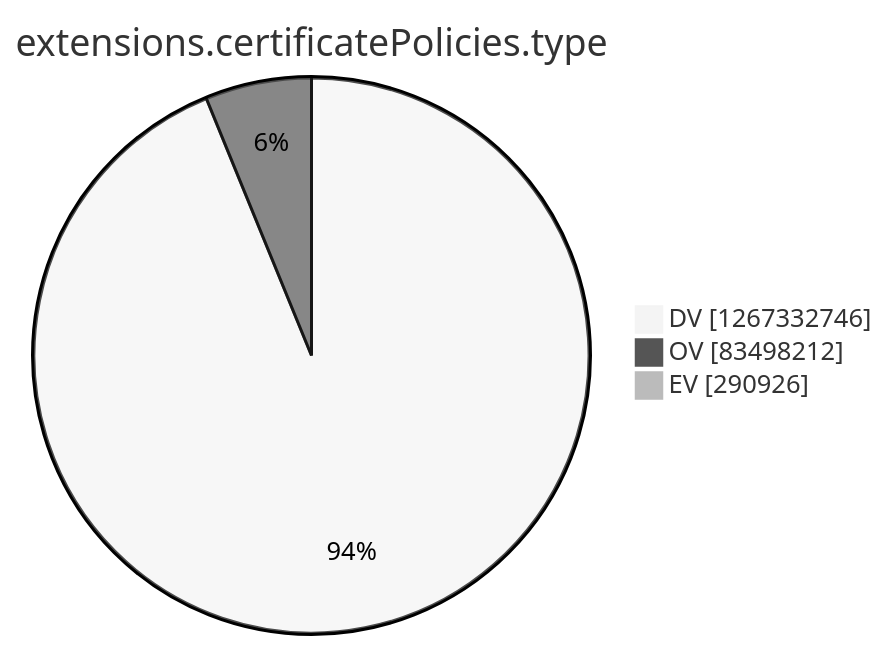
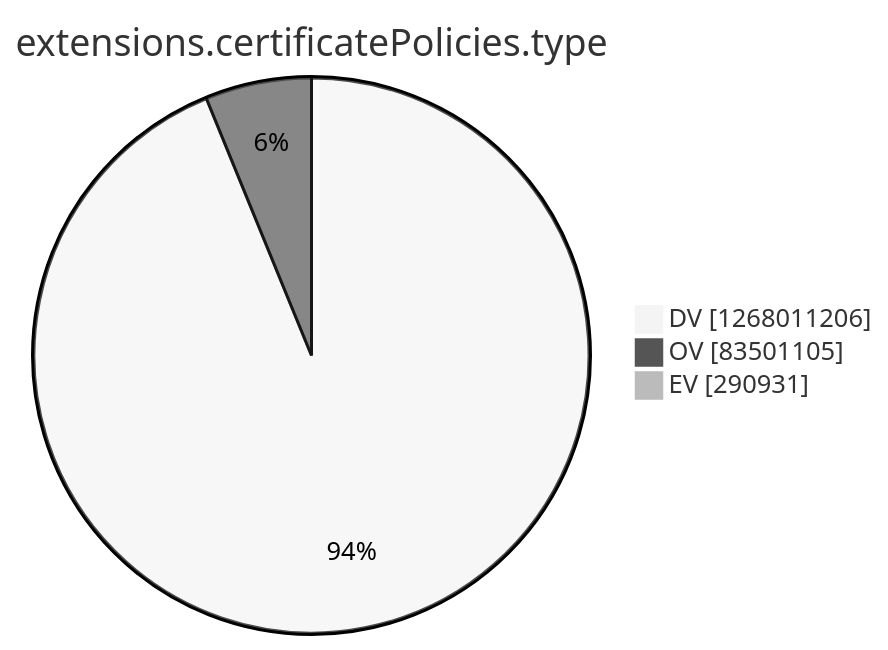
Before and after one commit to christiankrug/ctmonitor_visualization: the tenth of 15 diagrams in argon2022/README.md, drawn with Mermaid (neutral theme). The commit also changed other lines of this file, not shown here.

````diff
--- a/argon2022/README.md
+++ b/argon2022/README.md
@@ -2771,7 +2771,7 @@
 ```mermaid
 pie showData
 title extensions.certificatePolicies.type
-"DV" :1267332746
-"OV" :83498212
-"EV" :290926
+"DV" :1268011206
+"OV" :83501105
+"EV" :290931
 ```
````
